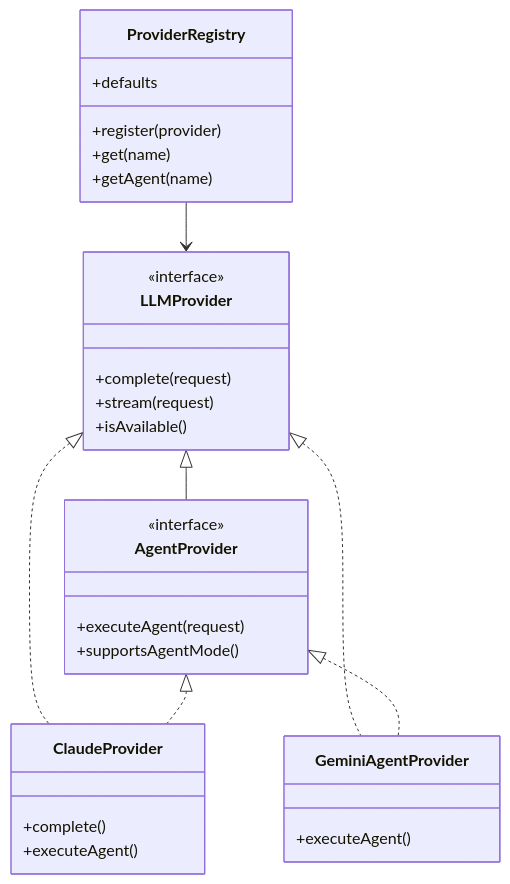
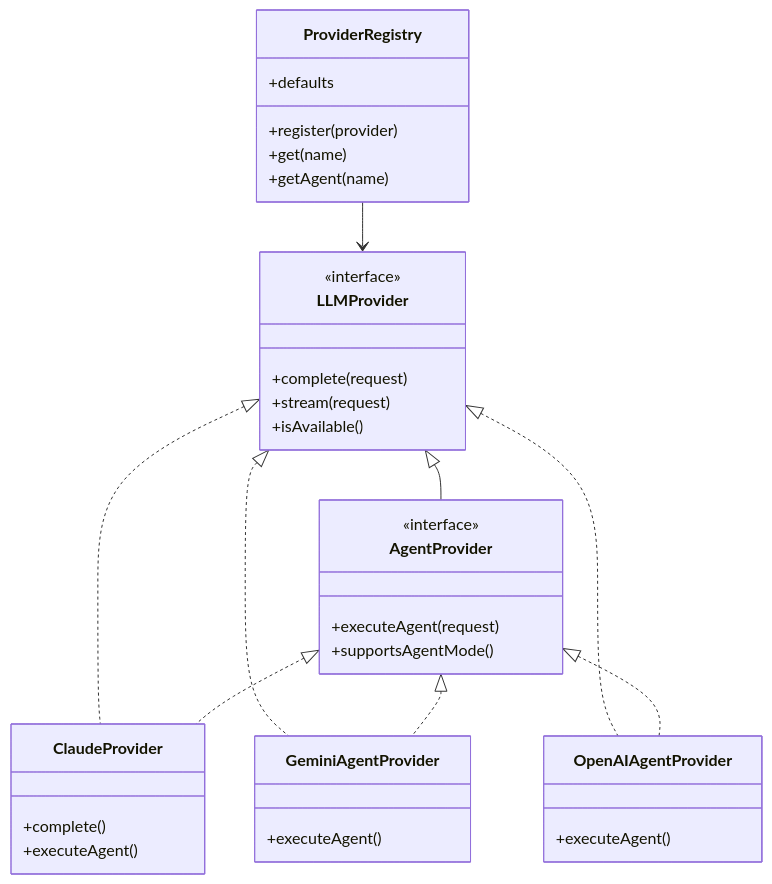
One commit to mirzahusadzic/cogx changed the diagram in src/cognition-cli/src/llm/README.md. Above: the diagram before and after it, drawn with Mermaid. The commit also changed other lines of this file and 4 other files, not shown here.

First line of the commit message:
docs: update for Node.js 22, OpenAI provider, and LOC stats

````diff
--- a/src/cognition-cli/src/llm/README.md
+++ b/src/cognition-cli/src/llm/README.md
@@ -21,38 +21,44 @@
 ```mermaid
 classDiagram
     class ProviderRegistry {
         +register(provider)
         +get(name)
         +getAgent(name)
         +defaults
     }
 
     class LLMProvider {
         <<interface>>
         +complete(request)
         +stream(request)
         +isAvailable()
     }
 
     class AgentProvider {
         <<interface>>
         +executeAgent(request)
         +supportsAgentMode()
     }
 
     class ClaudeProvider {
         +complete()
         +executeAgent()
     }
 
     class GeminiAgentProvider {
         +executeAgent()
     }
 
+    class OpenAIAgentProvider {
+        +executeAgent()
+    }
+
     LLMProvider <|-- AgentProvider
     LLMProvider <|.. ClaudeProvider
     LLMProvider <|.. GeminiAgentProvider
+    LLMProvider <|.. OpenAIAgentProvider
     AgentProvider <|.. ClaudeProvider
     AgentProvider <|.. GeminiAgentProvider
+    AgentProvider <|.. OpenAIAgentProvider
     ProviderRegistry --> LLMProvider
 ```
````
